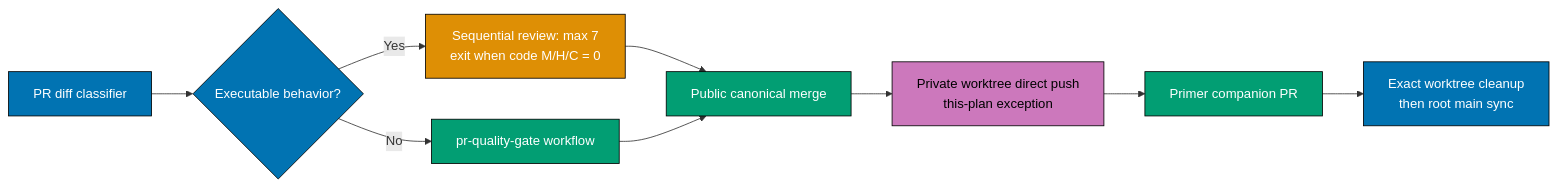
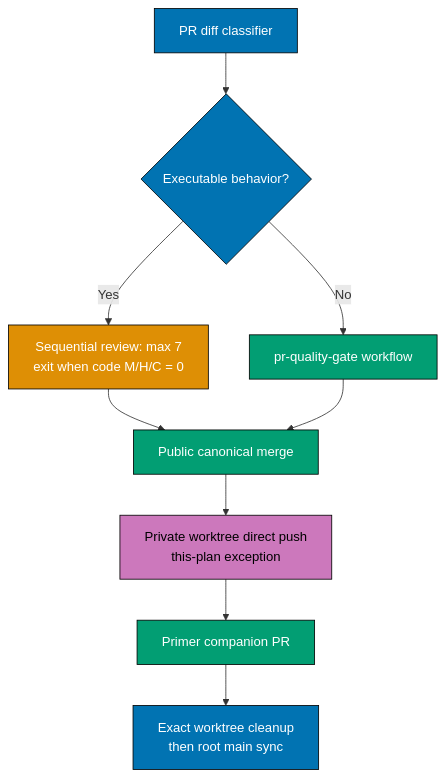
The diagram in plans/in-progress/pr-review-rule-convergence/tech-docs.md (wahidyankf/open-sharia-fintech), drawn with Mermaid before and after one commit.

Commit message:
fix(plans): narrow review flow diagram

````diff
--- a/plans/in-progress/pr-review-rule-convergence/tech-docs.md
+++ b/plans/in-progress/pr-review-rule-convergence/tech-docs.md
@@ -5,17 +5,17 @@
 ```mermaid
 %% Color palette: Blue #0173B2, Teal #029E73, Orange #DE8F05, Purple #CC78BC
-flowchart LR
+flowchart TD
   D["PR diff classifier"]:::blue --> E{"Executable behavior?"}:::blue
   E -->|Yes| R["Sequential review: max 7\nexit when code M/H/C = 0"]:::orange
   E -->|No| Q["pr-quality-gate workflow"]:::teal
   R --> P["Public canonical merge"]:::teal
   Q --> P
   P --> V["Private worktree direct push\nthis-plan exception"]:::purple
   V --> M["Primer companion PR"]:::teal
   M --> C["Exact worktree cleanup\nthen root main sync"]:::blue
 
   classDef blue fill:#0173B2,stroke:#000000,color:#FFFFFF
   classDef teal fill:#029E73,stroke:#000000,color:#FFFFFF
   classDef orange fill:#DE8F05,stroke:#000000,color:#FFFFFF
   classDef purple fill:#CC78BC,stroke:#000000,color:#000000
 ```
````
